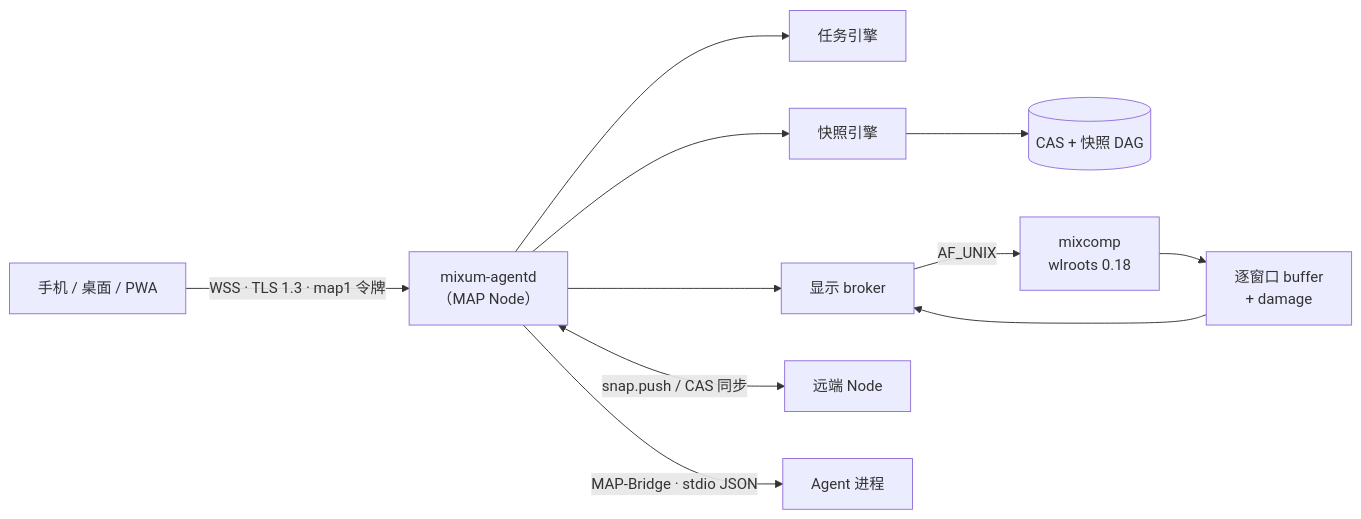
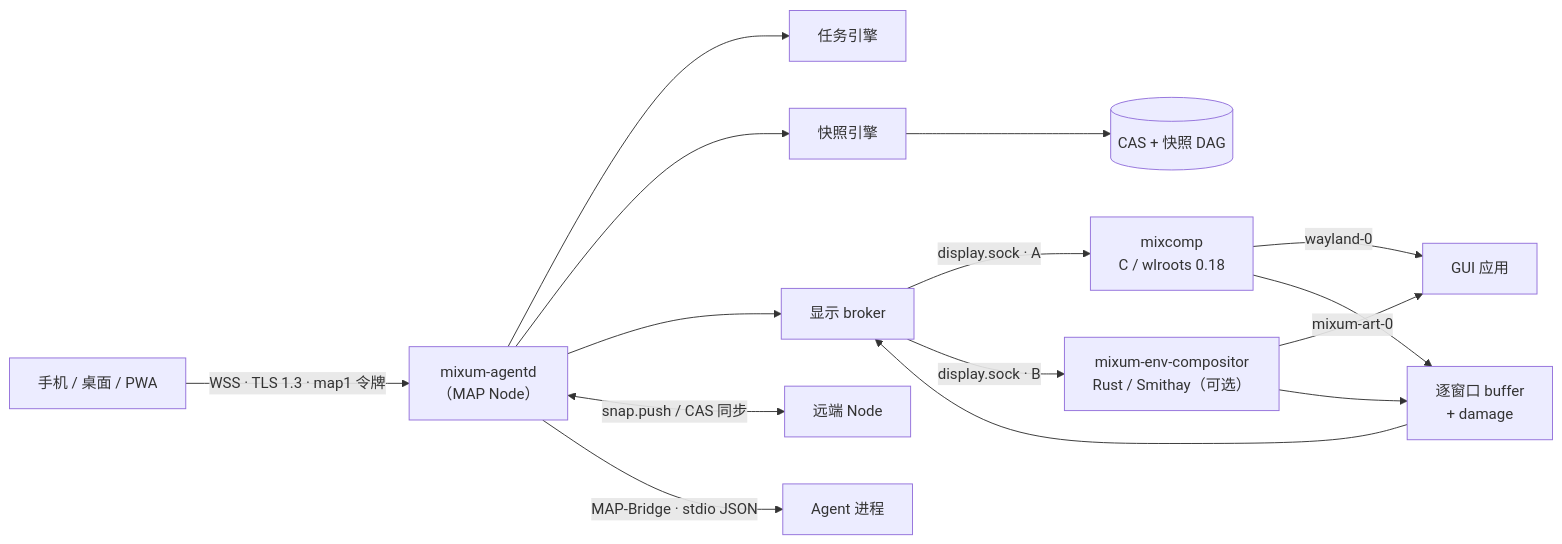
One commit to EmergeShift/mixumOS changed the diagram in README.zh-CN.md. Above: the diagram before and after it, drawn with Mermaid. The commit also changed other lines of this file and 54 other files, not shown here.

````diff
--- a/README.zh-CN.md
+++ b/README.zh-CN.md
@@ -104,13 +104,17 @@
 ```mermaid
 flowchart LR
     U["手机 / 桌面 / PWA"] -->|"WSS · TLS 1.3 · map1 令牌"| A["mixum-agentd<br/>（MAP Node）"]
     A --> T["任务引擎"]
     A --> S["快照引擎"]
     A --> D["显示 broker"]
-    D -->|"AF_UNIX"| C["mixcomp<br/>wlroots 0.18"]
+    D -->|"display.sock · A"| C["mixcomp<br/>C / wlroots 0.18"]
+    D -->|"display.sock · B"| B["mixum-env-compositor<br/>Rust / Smithay（可选）"]
     S --> CAS[("CAS + 快照 DAG")]
     A <-->|"snap.push / CAS 同步"| R["远端 Node"]
     A -->|"MAP-Bridge · stdio JSON"| X["Agent 进程"]
+    C -->|"wayland-0"| G["GUI 应用"]
+    B -->|"mixum-art-0"| G
     C --> W["逐窗口 buffer<br/>+ damage"]
+    B --> W
     W --> D
 ```
````
